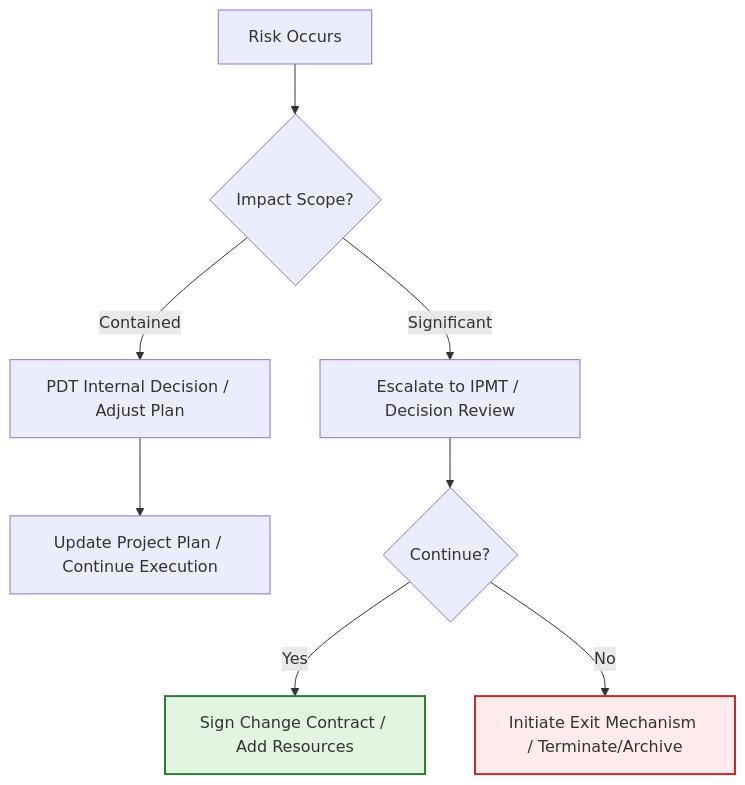
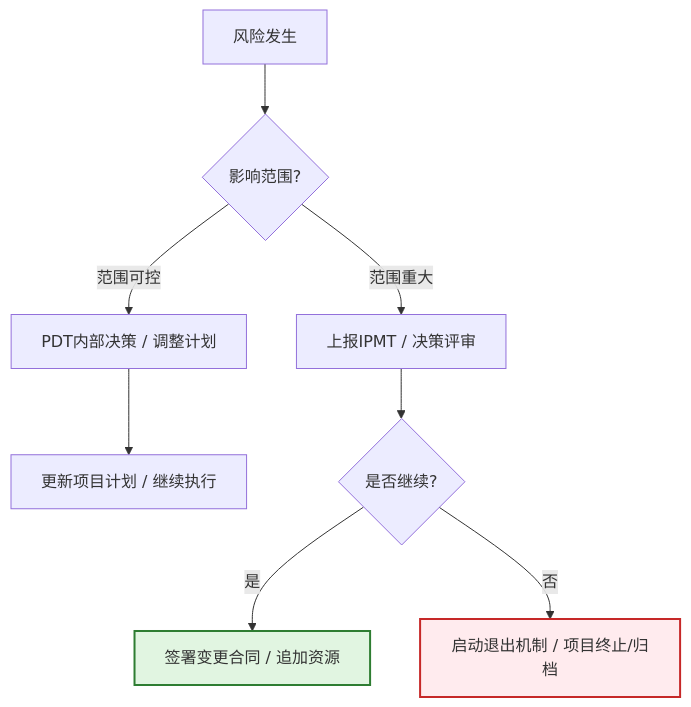
One commit to Kirky-X/cangjie changed the tenth of 11 diagrams in templates/Product/Strategy/Template-Project-Charter.md. Above: the diagram before and after it, drawn with Mermaid. The commit also changed other lines of this file and 33 other files, not shown here.

````diff
--- a/templates/Product/Strategy/Template-Project-Charter.md
+++ b/templates/Product/Strategy/Template-Project-Charter.md
@@ -544,13 +544,13 @@
 ```mermaid
 flowchart TD
-    A[Risk Occurs] --> B{Impact Scope?}
-    B -->|Contained| C[PDT Internal Decision / Adjust Plan]
-    B -->|Significant| D[Escalate to IPMT / Decision Review]
-    C --> E[Update Project Plan / Continue Execution]
-    D --> F{Continue?}
-    F -->|Yes| G[Sign Change Contract / Add Resources]
-    F -->|No| H[Initiate Exit Mechanism / Terminate/Archive]
+    A[风险发生] --> B{影响范围?}
+    B -->|范围可控| C[PDT内部决策 / 调整计划]
+    B -->|范围重大| D[上报IPMT / 决策评审]
+    C --> E[更新项目计划 / 继续执行]
+    D --> F{是否继续?}
+    F -->|是| G[签署变更合同 / 追加资源]
+    F -->|否| H[启动退出机制 / 项目终止/归档]
 
     style H fill:#ffebee,stroke:#c62828,stroke-width:2px
     style G fill:#e1f5e1,stroke:#2e7d32,stroke-width:2px
 ```
````
